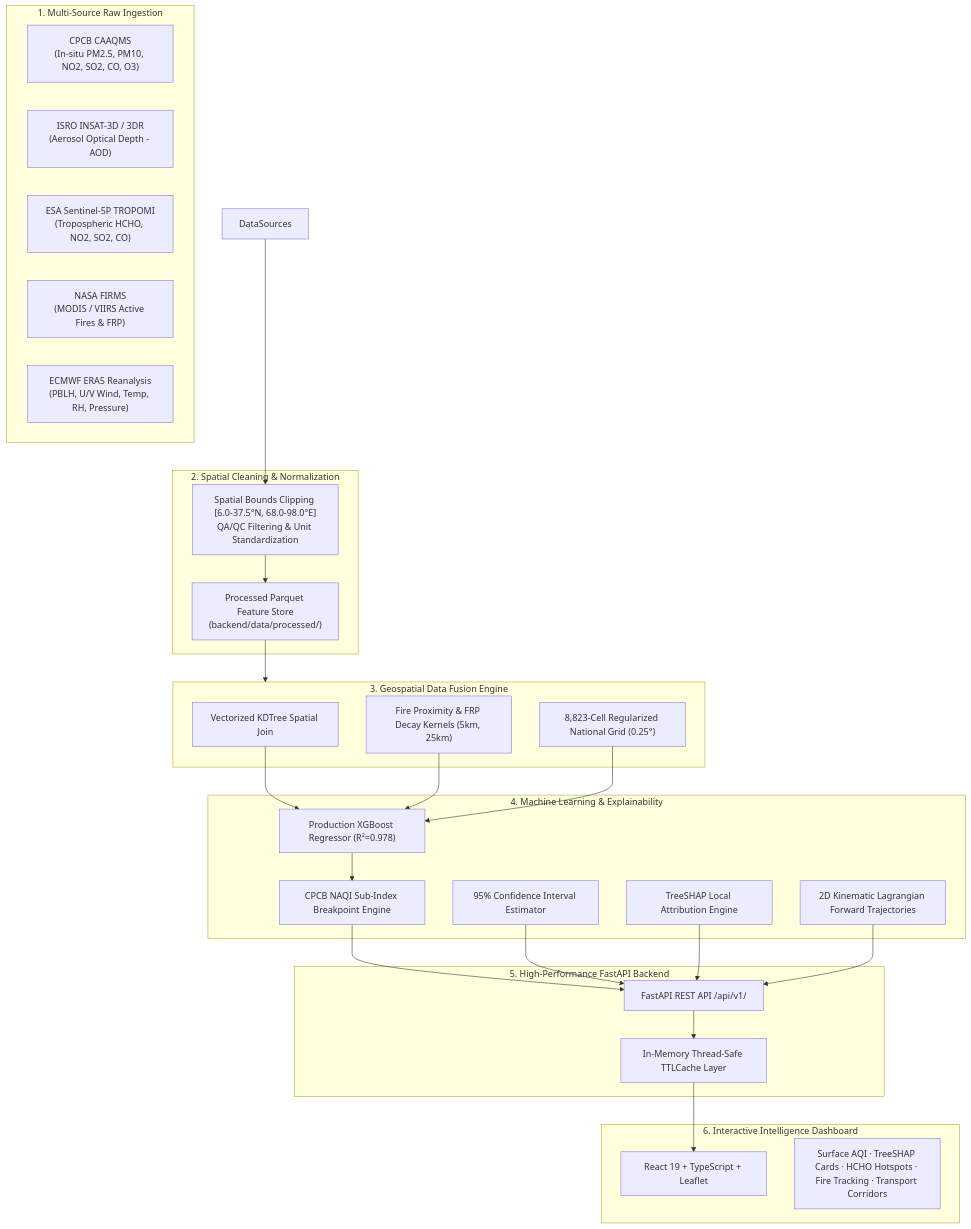
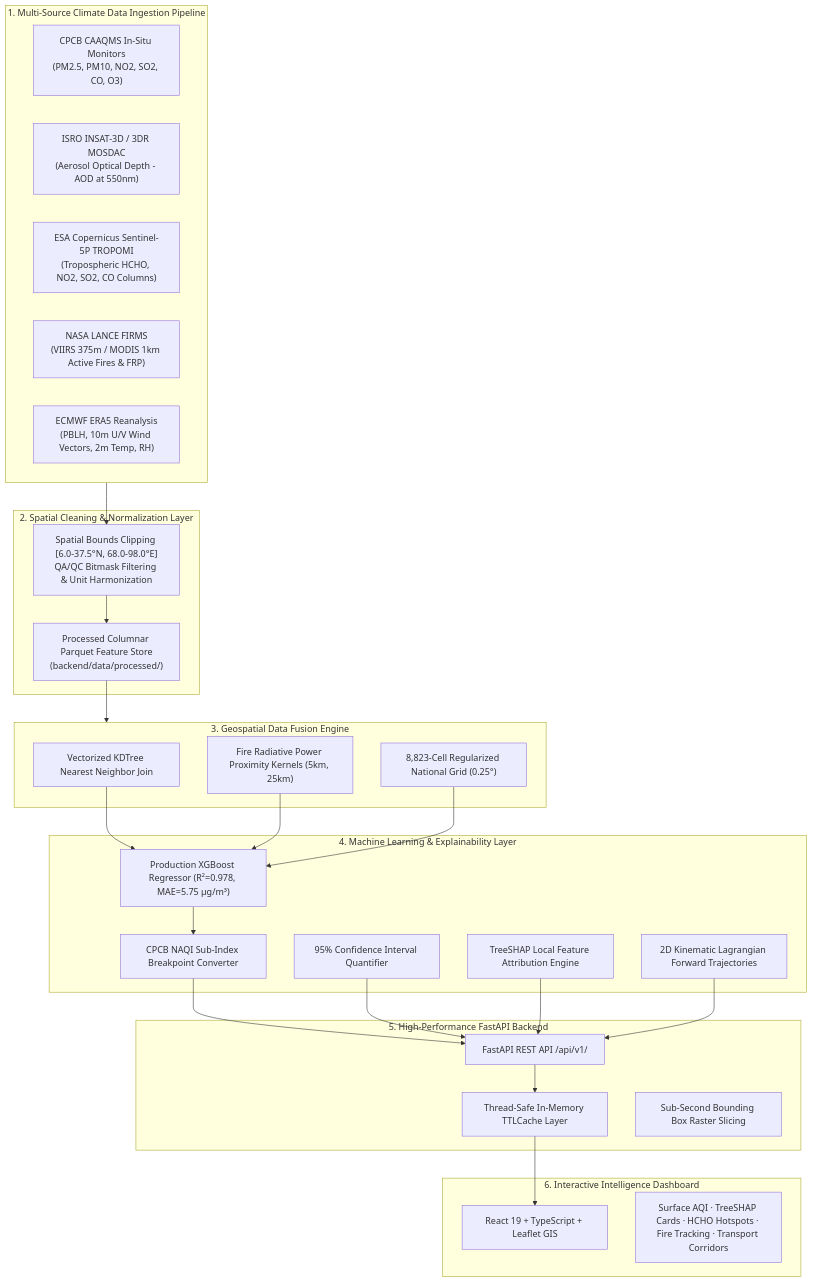
One commit to Ojas37/india-air-quality-intelligence changed the diagram in README.md. Above: the diagram before and after it, drawn with Mermaid. The commit also changed other lines of this file, not shown here.

Commit message:
docs: align README.md with Climate-Tech & Nature Intelligence engineering competencies (Geospatial Analytics, Remote Sensing, Atmospheric Modeling, Production ML & Full-Stack SaaS)

````diff
--- a/README.md
+++ b/README.md
@@ -30,50 +34,51 @@
 ```mermaid
 flowchart TD
-    subgraph Data Sources ["1. Multi-Source Raw Ingestion"]
-        CPCB["CPCB CAAQMS\n(In-situ PM2.5, PM10, NO2, SO2, CO, O3)"]
-        INSAT["ISRO INSAT-3D / 3DR\n(Aerosol Optical Depth - AOD)"]
-        TROPOMI["ESA Sentinel-5P TROPOMI\n(Tropospheric HCHO, NO2, SO2, CO)"]
-        FIRMS["NASA FIRMS\n(MODIS / VIIRS Active Fires & FRP)"]
-        ERA5["ECMWF ERA5 Reanalysis\n(PBLH, U/V Wind, Temp, RH, Pressure)"]
+    subgraph Ingestion ["1. Multi-Source Climate Data Ingestion Pipeline"]
+        CPCB["CPCB CAAQMS In-Situ Monitors\n(PM2.5, PM10, NO2, SO2, CO, O3)"]
+        INSAT["ISRO INSAT-3D / 3DR MOSDAC\n(Aerosol Optical Depth - AOD at 550nm)"]
+        TROPOMI["ESA Copernicus Sentinel-5P TROPOMI\n(Tropospheric HCHO, NO2, SO2, CO Columns)"]
+        FIRMS["NASA LANCE FIRMS\n(VIIRS 375m / MODIS 1km Active Fires & FRP)"]
+        ERA5["ECMWF ERA5 Reanalysis\n(PBLH, 10m U/V Wind Vectors, 2m Temp, RH)"]
     end
 
-    subgraph Preprocessing ["2. Spatial Cleaning & Normalization"]
-        Cleaner["Spatial Bounds Clipping [6.0-37.5°N, 68.0-98.0°E]\nQA/QC Filtering & Unit Standardization"]
-        ParquetStore["Processed Parquet Feature Store\n(backend/data/processed/)"]
+    subgraph Preprocessing ["2. Spatial Cleaning & Normalization Layer"]
+        Cleaner["Spatial Bounds Clipping [6.0-37.5°N, 68.0-98.0°E]\nQA/QC Bitmask Filtering & Unit Harmonization"]
+        ParquetStore["Processed Columnar Parquet Feature Store\n(backend/data/processed/)"]
     end
 
     subgraph Geospatial ["3. Geospatial Data Fusion Engine"]
-        KDTree["Vectorized KDTree Spatial Join"]
-        FireKernel["Fire Proximity & FRP Decay Kernels (5km, 25km)"]
+        KDTree["Vectorized KDTree Nearest Neighbor Join"]
+        FireKernel["Fire Radiative Power Proximity Kernels (5km, 25km)"]
         NationalGrid["8,823-Cell Regularized National Grid (0.25°)"]
     end
 
-    subgraph AI Engine ["4. Machine Learning & Explainability"]
-        XGBoost["Production XGBoost Regressor (R²=0.978)"]
-        NAQIEngine["CPCB NAQI Sub-Index Breakpoint Engine"]
-        Uncertainty["95% Confidence Interval Estimator"]
-        TreeSHAP["TreeSHAP Local Attribution Engine"]
+    subgraph AI Engine ["4. Machine Learning & Explainability Layer"]
+        XGBoost["Production XGBoost Regressor (R²=0.978, MAE=5.75 µg/m³)"]
+        NAQIEngine["CPCB NAQI Sub-Index Breakpoint Converter"]
+        Uncertainty["95% Confidence Interval Quantifier"]
+        TreeSHAP["TreeSHAP Local Feature Attribution Engine"]
         WindTrajectory["2D Kinematic Lagrangian Forward Trajectories"]
     end
 
     subgraph Backend ["5. High-Performance FastAPI Backend"]
         FastAPI["FastAPI REST API /api/v1/"]
-        TTLCache["In-Memory Thread-Safe TTLCache Layer"]
+        TTLCache["Thread-Safe In-Memory TTLCache Layer"]
+        BBoxQuery["Sub-Second Bounding Box Raster Slicing"]
     end
 
     subgraph Frontend ["6. Interactive Intelligence Dashboard"]
-        ReactUI["React 19 + TypeScript + Leaflet"]
+        ReactUI["React 19 + TypeScript + Leaflet GIS"]
         LiveViews["Surface AQI · TreeSHAP Cards · HCHO Hotspots · Fire Tracking · Transport Corridors"]
     end
 
-    DataSources --> Cleaner --> ParquetStore
+    Ingestion --> Cleaner --> ParquetStore
     ParquetStore --> Geospatial
     KDTree --> XGBoost
     FireKernel --> XGBoost
     NationalGrid --> XGBoost
     XGBoost --> NAQIEngine --> FastAPI
     Uncertainty --> FastAPI
     TreeSHAP --> FastAPI
     WindTrajectory --> FastAPI
     FastAPI --> TTLCache --> ReactUI
 ```
````
